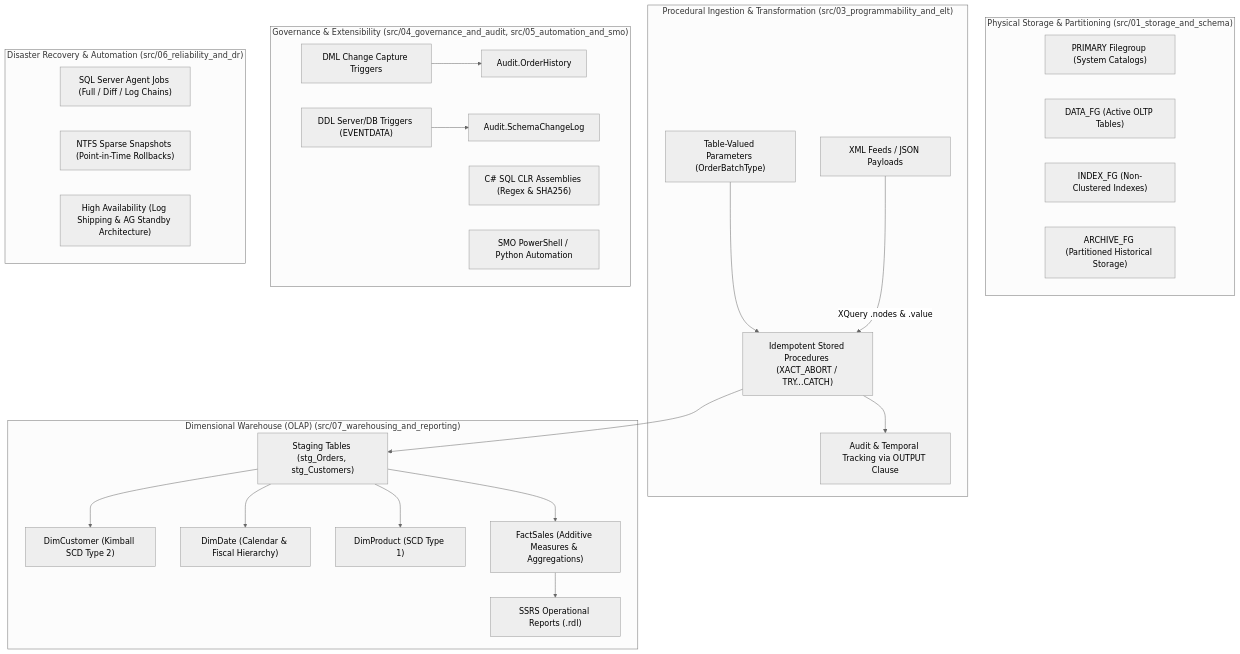
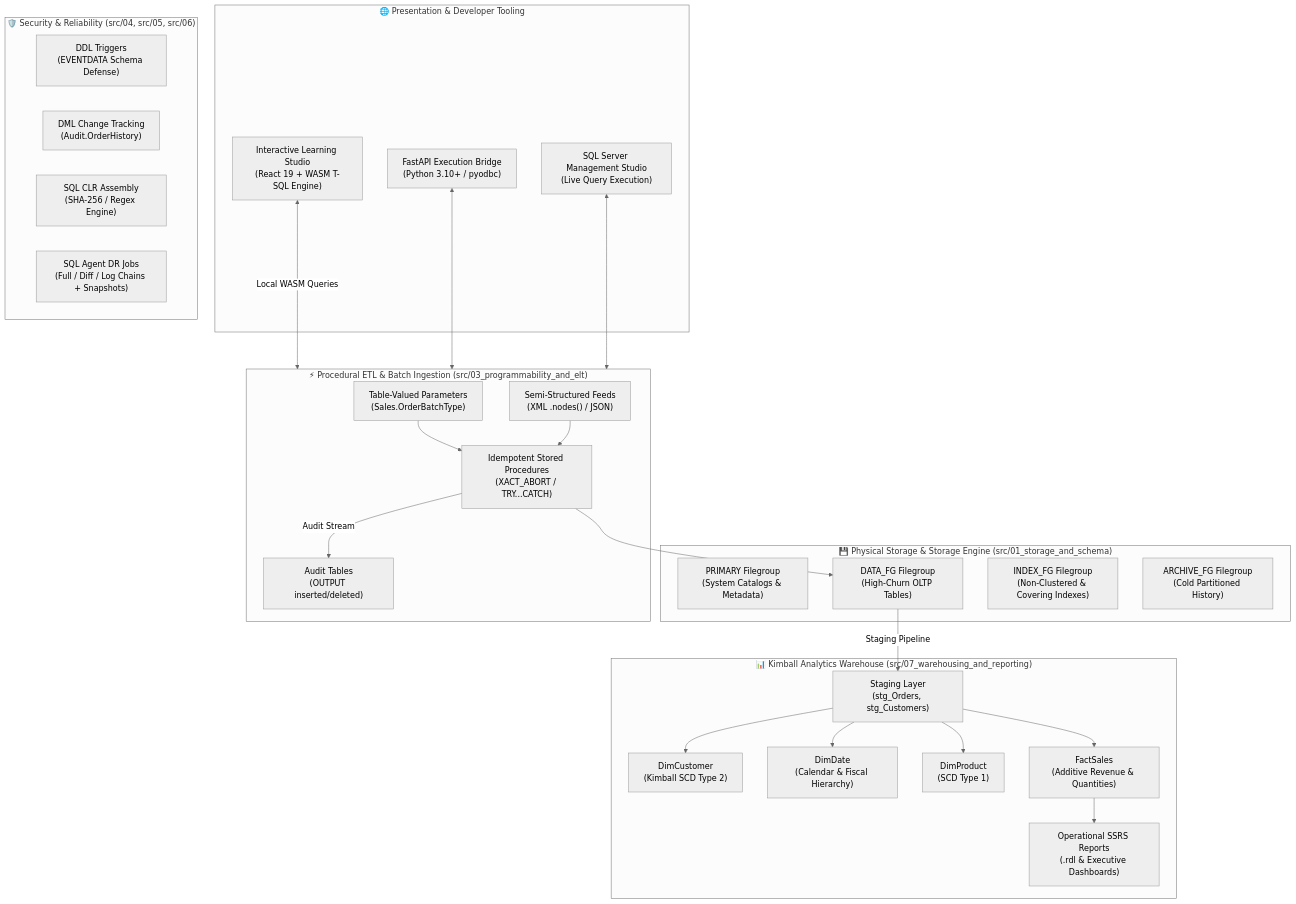
One commit to Sohila-Khaled-Abbas/sql-server-data-platform changed the first of 3 diagrams in README.md. Above: the diagram before and after it, drawn with Mermaid (neutral theme). The commit also changed other lines of this file, not shown here.

Commit message:
docs: enrich README with advanced formatting, architecture diagrams, and pillar breakdown

````diff
--- a/README.md
+++ b/README.md
@@ -44,37 +123,42 @@
 ```mermaid
 flowchart TD
-    subgraph StorageEngine ["Physical Storage & Partitioning (src/01_storage_and_schema)"]
-        FG1["PRIMARY Filegroup (System Catalogs)"]
-        FG2["DATA_FG (Active OLTP Tables)"]
-        FG3["INDEX_FG (Non-Clustered Indexes)"]
-        FG4["ARCHIVE_FG (Partitioned Historical Storage)"]
+    subgraph ClientTiers ["🌐 Presentation & Developer Tooling"]
+        Web["Interactive Learning Studio\n(React 19 + WASM T-SQL Engine)"]
+        SSMS["SQL Server Management Studio\n(Live Query Execution)"]
+        API["FastAPI Execution Bridge\n(Python 3.10+ / pyodbc)"]
     end
 
-    subgraph IngestionTransform ["Procedural Ingestion & Transformation (src/03_programmability_and_elt)"]
-        TVP["Table-Valued Parameters (OrderBatchType)"] --> SP_ETL["Idempotent Stored Procedures (XACT_ABORT / TRY...CATCH)"]
-        XML["XML Feeds / JSON Payloads"] -->|XQuery .nodes & .value| SP_ETL
-        SP_ETL --> Audit["Audit & Temporal Tracking via OUTPUT Clause"]
+    subgraph PhysicalStorage ["💾 Physical Storage & Storage Engine (src/01_storage_and_schema)"]
+        FG_Pri["PRIMARY Filegroup\n(System Catalogs & Metadata)"]
+        FG_Data["DATA_FG Filegroup\n(High-Churn OLTP Tables)"]
+        FG_Idx["INDEX_FG Filegroup\n(Non-Clustered & Covering Indexes)"]
+        FG_Arch["ARCHIVE_FG Filegroup\n(Cold Partitioned History)"]
     end
 
-    subgraph GovernanceAudit ["Governance & Extensibility (src/04_governance_and_audit, src/05_automation_and_smo)"]
-        DML_Trig["DML Change Capture Triggers"] --> AuditTable["Audit.OrderHistory"]
-        DDL_Trig["DDL Server/DB Triggers (EVENTDATA)"] --> DDL_Log["Audit.SchemaChangeLog"]
-        CLR["C# SQL CLR Assemblies (Regex & SHA256)"]
-        SMO["SMO PowerShell / Python Automation"]
+    subgraph IngestionETL ["⚡ Procedural ETL & Batch Ingestion (src/03_programmability_and_elt)"]
+        TVP_In["Table-Valued Parameters\n(Sales.OrderBatchType)"] --> SP_Pipeline["Idempotent Stored Procedures\n(XACT_ABORT / TRY...CATCH)"]
+        XML_In["Semi-Structured Feeds\n(XML .nodes() / JSON)"] --> SP_Pipeline
+        SP_Pipeline -->|Audit Stream| AuditLog["Audit Tables\n(OUTPUT inserted/deleted)"]
+        SP_Pipeline --> FG_Data
     end
 
-    subgraph ReliabilityOps ["Disaster Recovery & Automation (src/06_reliability_and_dr)"]
-        Agent["SQL Server Agent Jobs (Full / Diff / Log Chains)"]
-        Snap["NTFS Sparse Snapshots (Point-in-Time Rollbacks)"]
-        HA["High Availability (Log Shipping & AG Standby Architecture)"]
+    subgraph Governance ["🛡️ Security & Reliability (src/04, src/05, src/06)"]
+        DDL_Trig["DDL Triggers\n(EVENTDATA Schema Defense)"]
+        DML_Trig["DML Change Tracking\n(Audit.OrderHistory)"]
+        CLR_Engine["SQL CLR Assembly\n(SHA-256 / Regex Engine)"]
+        DR_Agent["SQL Agent DR Jobs\n(Full / Diff / Log Chains + Snapshots)"]
     end
 
-    subgraph AnalyticsWarehouse ["Dimensional Warehouse (OLAP) (src/07_warehousing_and_reporting)"]
-        SP_ETL --> Staging["Staging Tables (stg_Orders, stg_Customers)"]
-        Staging --> DimCust["DimCustomer (Kimball SCD Type 2)"]
-        Staging --> DimDate["DimDate (Calendar & Fiscal Hierarchy)"]
-        Staging --> DimProd["DimProduct (SCD Type 1)"]
-        Staging --> FactSales["FactSales (Additive Measures & Aggregations)"]
-        FactSales --> SSRS["SSRS Operational Reports (.rdl)"]
+    subgraph DimensionalWarehouse ["📊 Kimball Analytics Warehouse (src/07_warehousing_and_reporting)"]
+        FG_Data -->|Staging Pipeline| Staging["Staging Layer\n(stg_Orders, stg_Customers)"]
+        Staging --> DimCust["DimCustomer\n(Kimball SCD Type 2)"]
+        Staging --> DimDate["DimDate\n(Calendar & Fiscal Hierarchy)"]
+        Staging --> DimProd["DimProduct\n(SCD Type 1)"]
+        Staging --> FactSales["FactSales\n(Additive Revenue & Quantities)"]
+        FactSales --> SSRS["Operational SSRS Reports\n(.rdl & Executive Dashboards)"]
     end
+
+    Web <-->|Local WASM Queries| IngestionETL
+    API <--> IngestionETL
+    SSMS <--> IngestionETL
 ```
````
